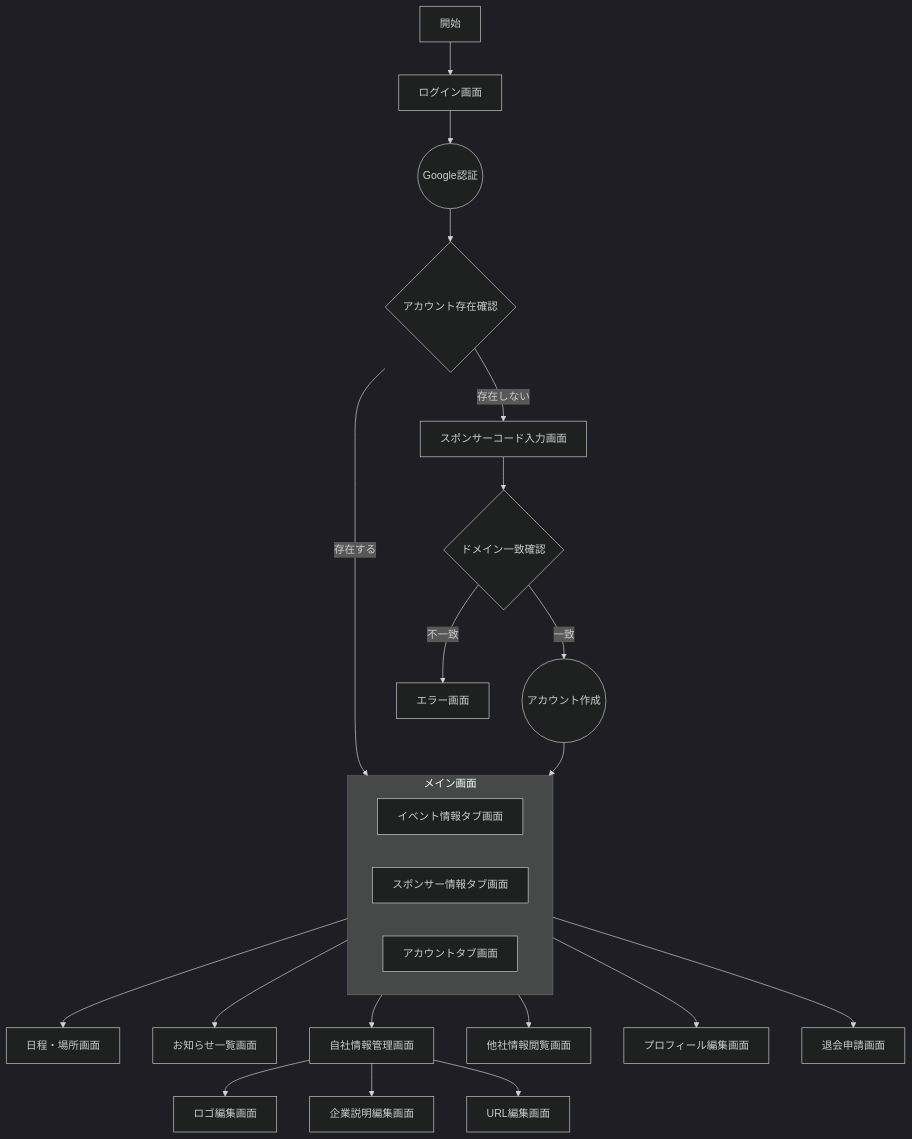
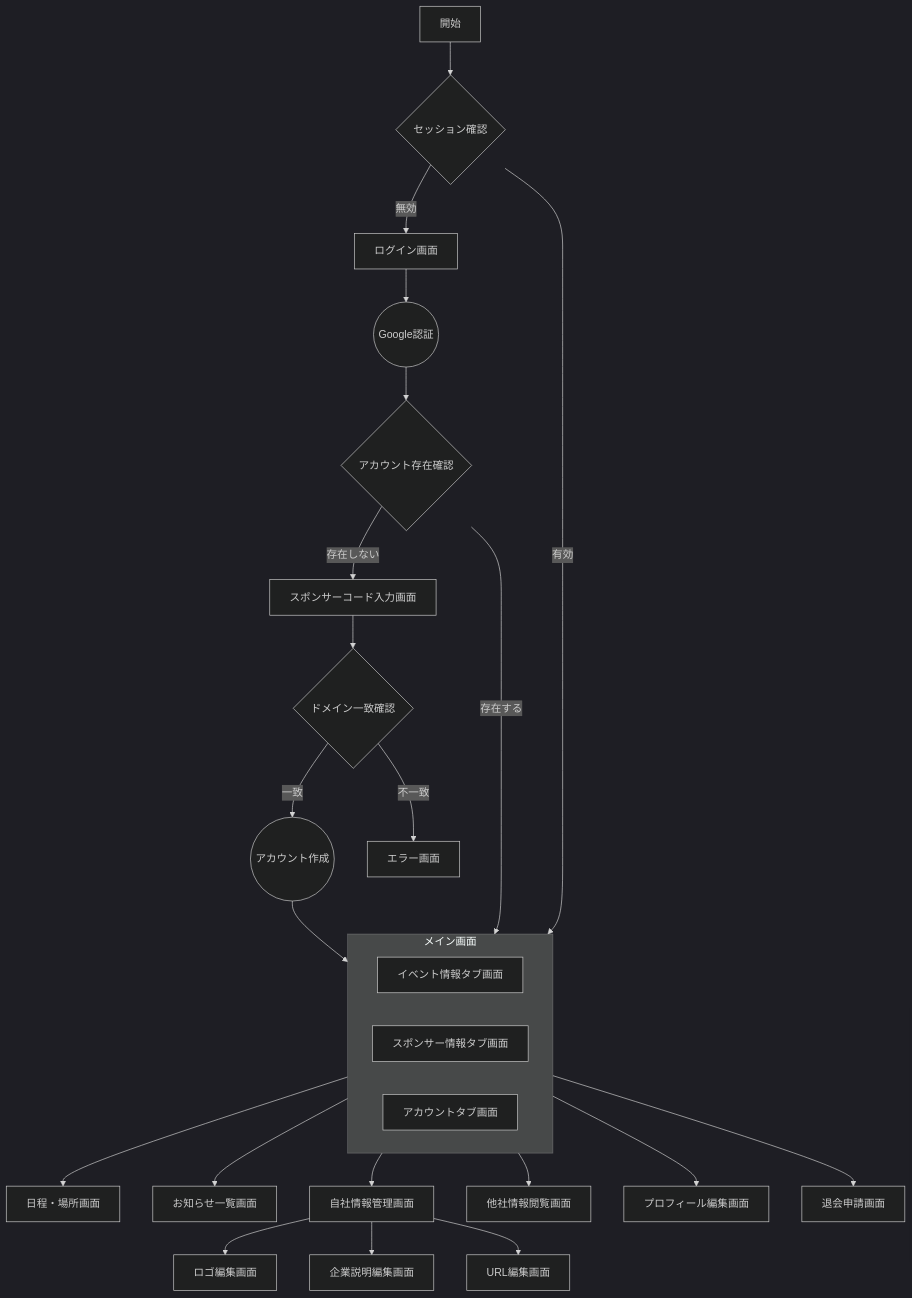
The diagram in docs/dashboard/SCREENS.md (FlutterKaigi/2025), drawn with Mermaid (dark theme) before and after one commit.

Commit message:
docs: 画面遷移図にセッション確認フローを追加

````diff
--- a/docs/dashboard/SCREENS.md
+++ b/docs/dashboard/SCREENS.md
@@ -54,37 +54,39 @@
 ```mermaid
 flowchart TD
-    Start[開始] --> Login[ログイン画面]
+    Start[開始] --> SessionCheck{セッション確認}
+    SessionCheck --> |有効| EventInfo[イベント情報タブ画面]
+    SessionCheck --> |無効| Login[ログイン画面]
     
     %% 認証フロー
     Login --> GoogleAuth((Google認証))
     GoogleAuth --> AccountCheck{アカウント存在確認}
     AccountCheck --> |存在する| EventInfo[イベント情報タブ画面]
     AccountCheck --> |存在しない| SponsorCode[スポンサーコード入力画面]
     
     %% 新規登録フロー
     SponsorCode --> DomainCheck{ドメイン一致確認}
     DomainCheck --> |一致| CreateAccount((アカウント作成))
     DomainCheck --> |不一致| RegisterError[エラー画面]
     CreateAccount --> EventInfo
     
     %% メイン画面のタブ構成
     subgraph Main[メイン画面]
       direction LR
       EventInfo[イベント情報タブ画面]
       SponsorInfo[スポンサー情報タブ画面]
       Account[アカウントタブ画面]
     end
 
     EventInfo --> Schedule[日程・場所画面]
     EventInfo --> News[お知らせ一覧画面]
     
     SponsorInfo --> OwnInfo[自社情報管理画面]
     SponsorInfo --> OtherInfo[他社情報閲覧画面]
     
     OwnInfo --> LogoEdit[ロゴ編集画面]
     OwnInfo --> DescEdit[企業説明編集画面]
     OwnInfo --> URLEdit[URL編集画面]
     
     Account --> Profile[プロフィール編集画面]
     Account --> Withdrawal[退会申請画面]
 ```
````
